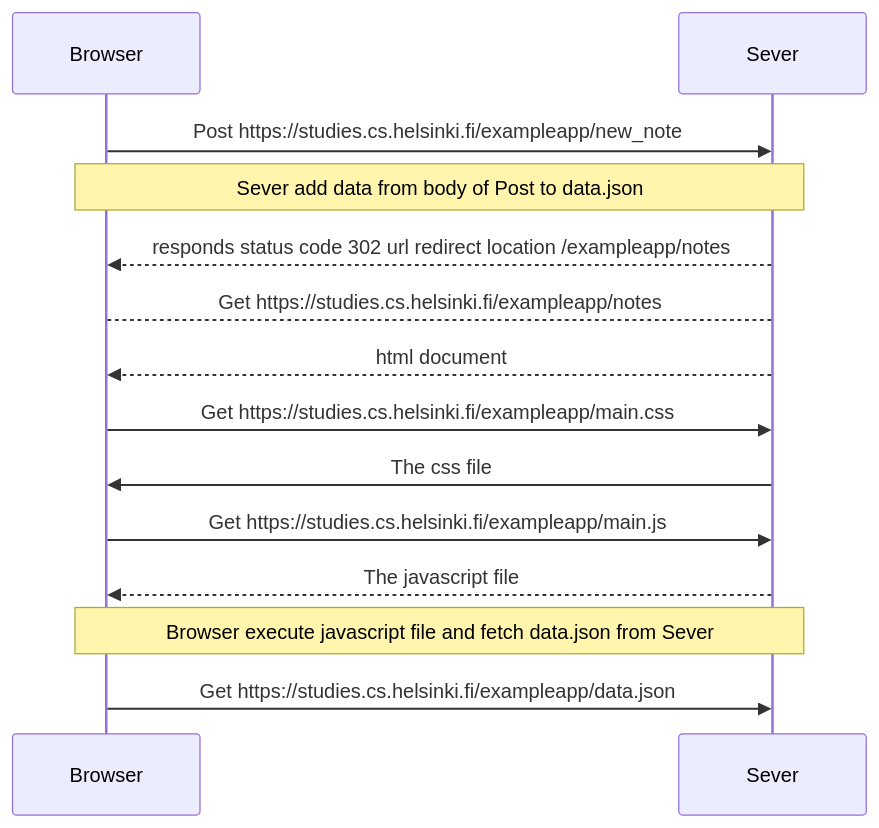
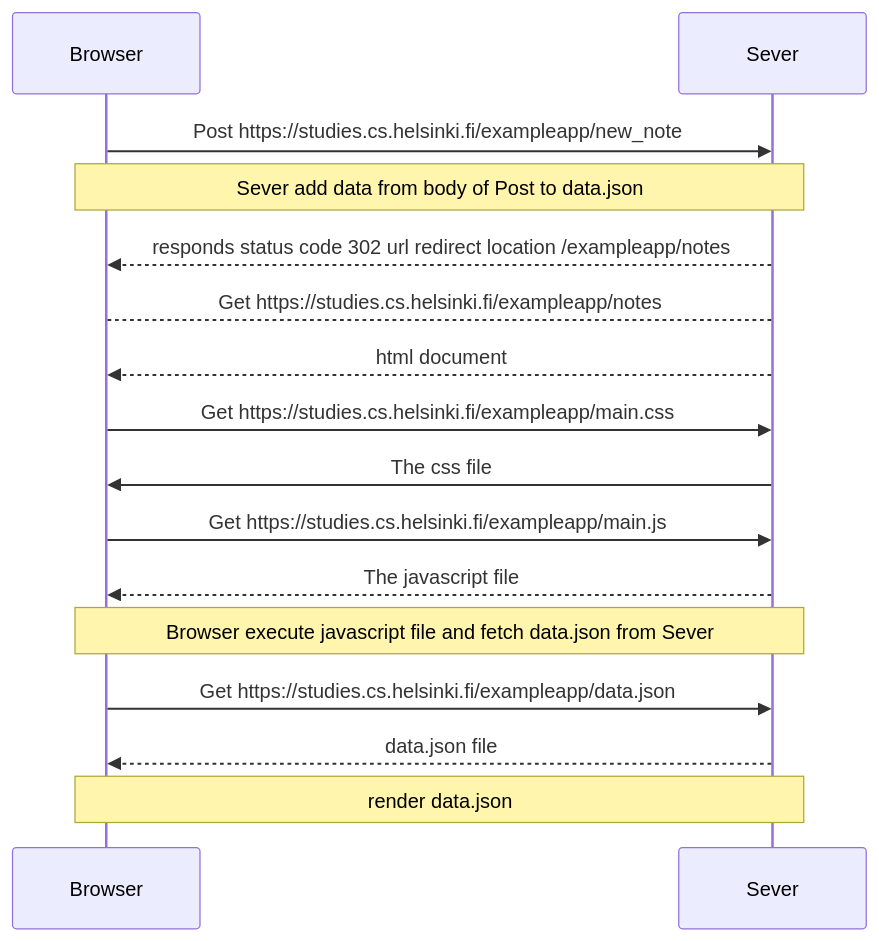
One commit to suttipo/mermaid changed the diagram in part0/newnotediagram.mmd. Above: the diagram before and after it, drawn with Mermaid.

Commit message:
add new note to last role

```diff
--- a/part0/newnotediagram.mmd
+++ b/part0/newnotediagram.mmd
@@ -1,17 +1,19 @@
 %% Post https://studies.cs.helsinki.fi/exampleapp/new_note
 sequenceDiagram
 participant Browser
 participant Sever
 
 Browser ->> Sever : Post  https://studies.cs.helsinki.fi/exampleapp/new_note
 Note over Browser,Sever: Sever add data from body of Post to data.json
 Sever -->> Browser : responds status code 302 url redirect location /exampleapp/notes
 
 Browser --> Sever : Get https://studies.cs.helsinki.fi/exampleapp/notes
 Sever -->> Browser : html document
 Browser ->> Sever : Get https://studies.cs.helsinki.fi/exampleapp/main.css
 Sever ->> Browser : The css file 
 Browser ->> Sever : Get https://studies.cs.helsinki.fi/exampleapp/main.js
 Sever -->> Browser : The javascript file 
 Note over Browser,Sever: Browser execute javascript file and fetch data.json from Sever
 Browser  ->> Sever: Get https://studies.cs.helsinki.fi/exampleapp/data.json
+Sever -->> Browser: data.json file
+Note over Browser,Sever: render data.json
```
